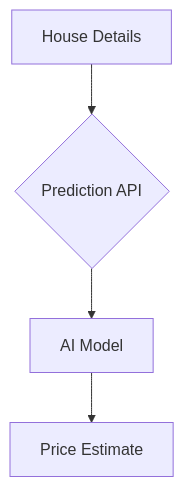
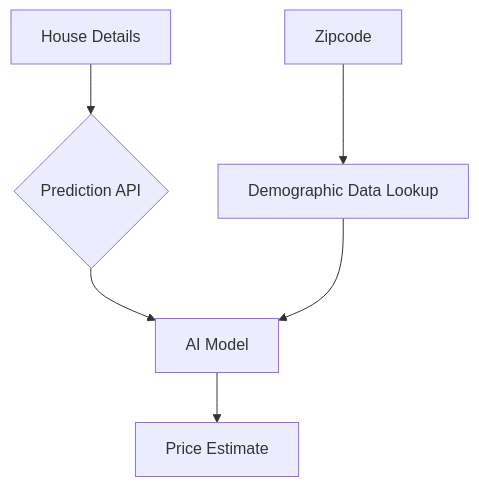
The diagram in client_presentation.md (ivanmladek/test_assignment), drawn with Mermaid before and after one commit. The commit also changed other lines of this file and 2 other files, not shown here.

````diff
--- a/client_presentation.md
+++ b/client_presentation.md
@@ -15,6 +33,8 @@
 ```mermaid
 graph TD
     A[House Details] --> B{Prediction API};
     B --> C[AI Model];
     C --> D[Price Estimate];
+    E[Zipcode] --> F[Demographic Data Lookup];
+    F --> C;
 ```
````
